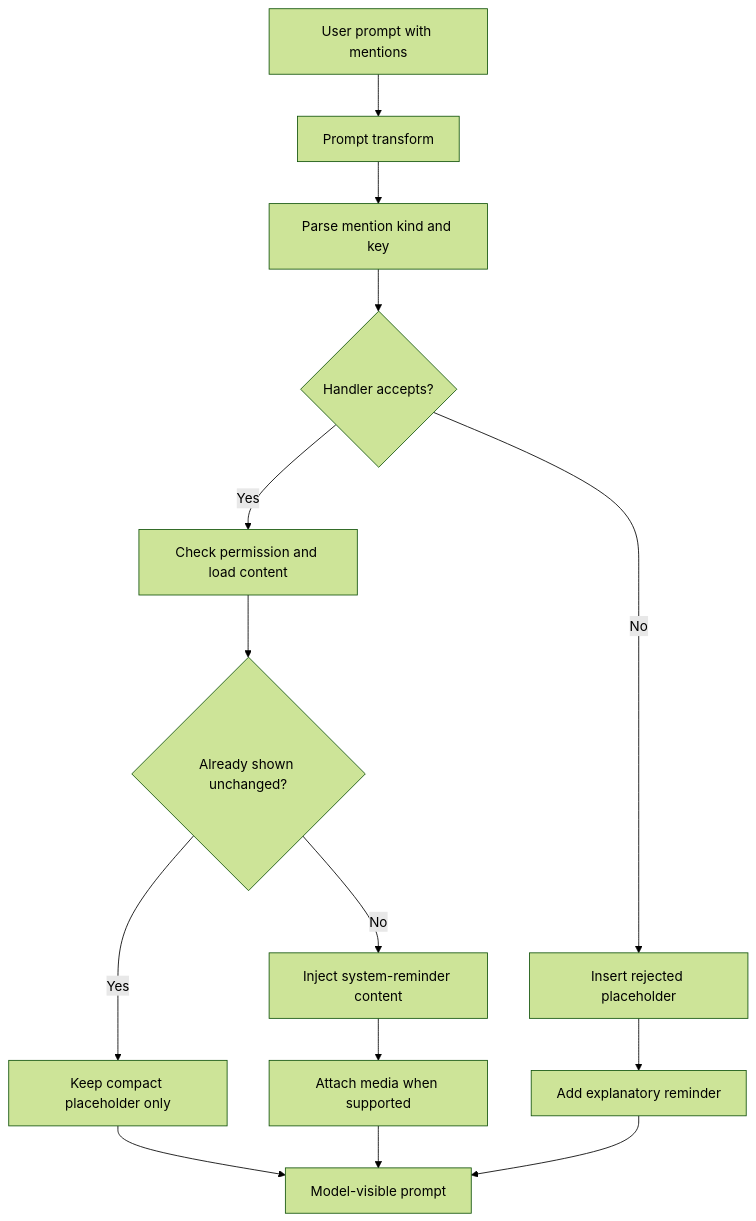
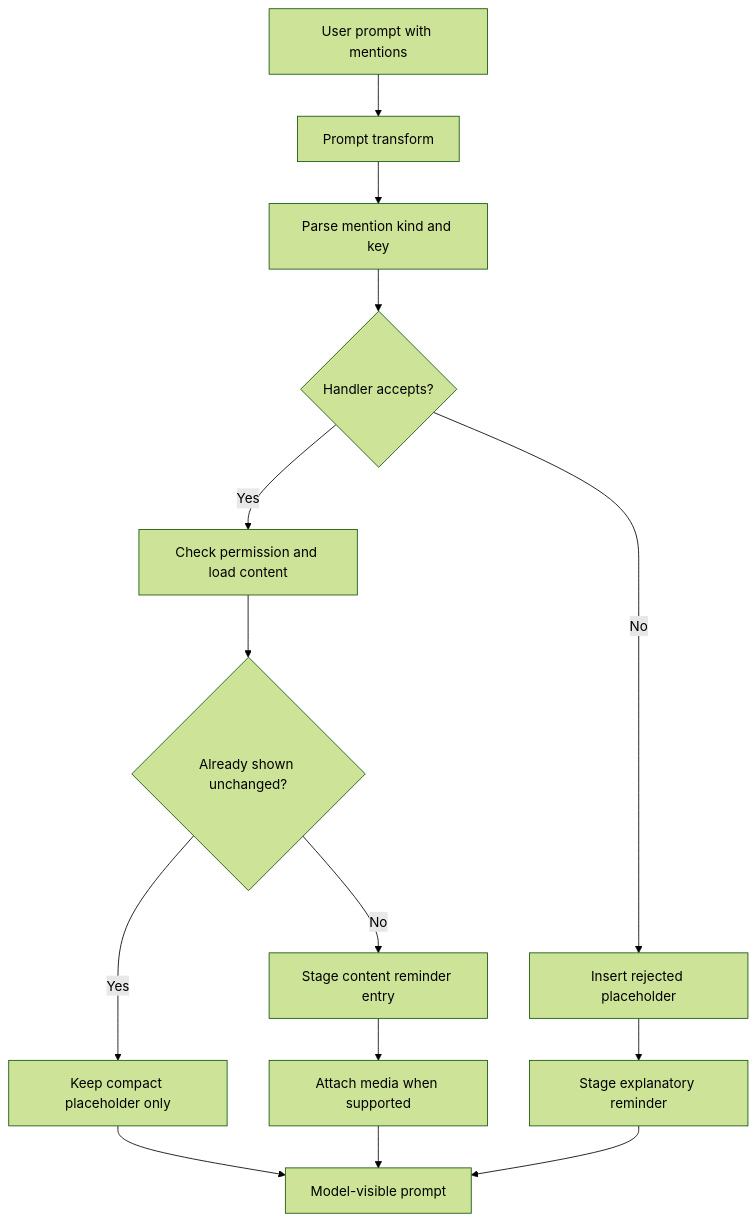
One commit to FrauH0lle/mevedel changed the diagram in docs/mentions.md. Above: the diagram before and after it, drawn with Mermaid (forest theme). The commit also changed other lines of this file and 28 other files, not shown here.

````diff
--- a/docs/mentions.md
+++ b/docs/mentions.md
@@ -161,16 +166,16 @@
 ```mermaid
 flowchart TD
     A[User prompt with mentions] --> B[Prompt transform]
     B --> C[Parse mention kind and key]
     C --> D{Handler accepts?}
     D -- No --> E[Insert rejected placeholder]
-    E --> F[Add explanatory reminder]
+    E --> F[Stage explanatory reminder]
     D -- Yes --> G[Check permission and load content]
     G --> H{Already shown unchanged?}
     H -- Yes --> I[Keep compact placeholder only]
-    H -- No --> J[Inject system-reminder content]
+    H -- No --> J[Stage content reminder entry]
     J --> K[Attach media when supported]
     I --> L[Model-visible prompt]
     K --> L
     F --> L
 ```
````
